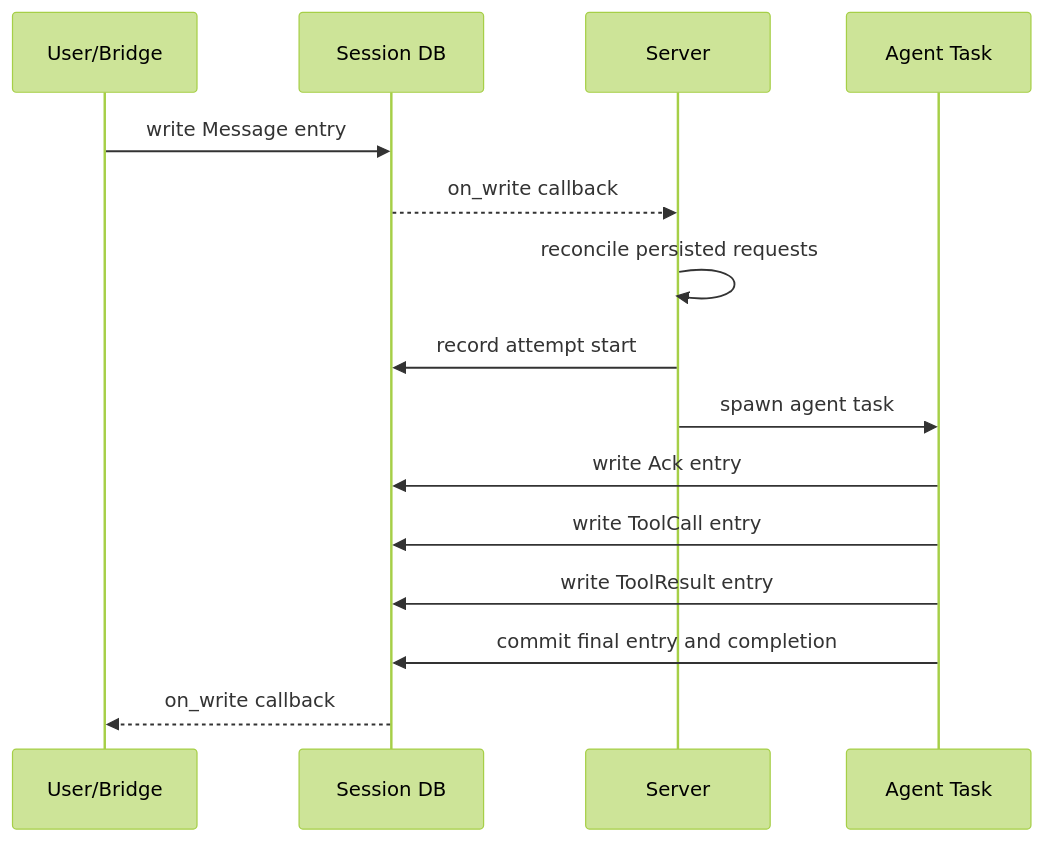
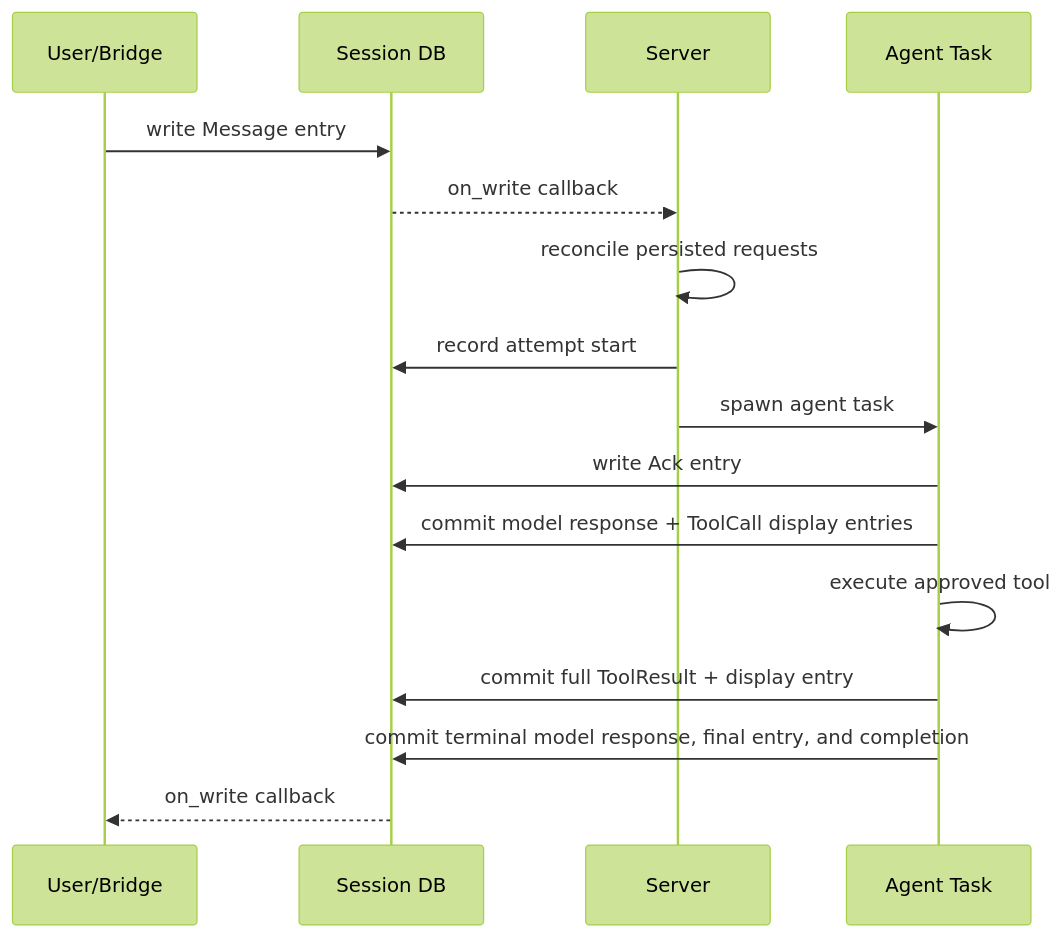
One commit to arcuru/chaz changed the first of 2 diagrams in docs/src/architecture/sessions.md. Above: the diagram before and after it, drawn with Mermaid (forest theme). The commit also changed other lines of this file and 6 other files, not shown here.

````diff
--- a/docs/src/architecture/sessions.md
+++ b/docs/src/architecture/sessions.md
@@ -44,18 +44,19 @@
 ```mermaid
 sequenceDiagram
     participant U as User/Bridge
     participant S as Session DB
     participant SV as Server
     participant A as Agent Task
 
     U->>S: write Message entry
     S-->>SV: on_write callback
     SV->>SV: reconcile persisted requests
     SV->>S: record attempt start
     SV->>A: spawn agent task
     A->>S: write Ack entry
-    A->>S: write ToolCall entry
-    A->>S: write ToolResult entry
-    A->>S: commit final entry and completion
+    A->>S: commit model response + ToolCall display entries
+    A->>A: execute approved tool
+    A->>S: commit full ToolResult + display entry
+    A->>S: commit terminal model response, final entry, and completion
     S-->>U: on_write callback
 ```
````
